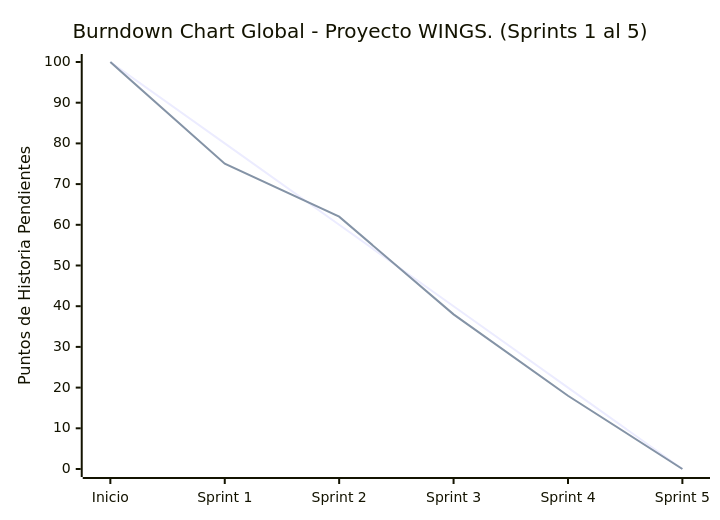
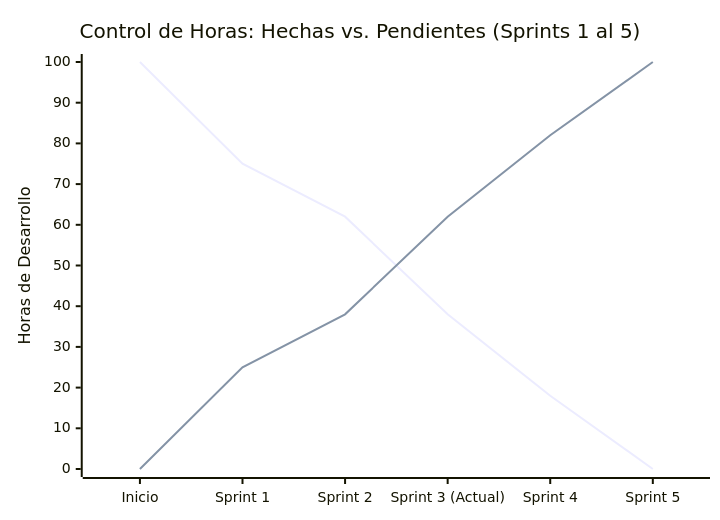
The diagram in README.md (AsaelCh9/Alitas), drawn with Mermaid before and after one commit. The commit also changed other lines of this file, not shown here.

Commit message:
Update burndown chart title and data representation

````diff
--- a/README.md
+++ b/README.md
@@ -3,8 +3,8 @@
 ```mermaid
 xychart-beta
-    title "Burndown Chart Global - Proyecto WINGS. (Sprints 1 al 5)"
-    x-axis ["Inicio", "Sprint 1", "Sprint 2", "Sprint 3", "Sprint 4", "Sprint 5"]
-    y-axis "Puntos de Historia Pendientes" 0 --> 100
-    line "Trabajo Ideal" [100, 80, 60, 40, 20, 0]
-    line "Trabajo Real" [100, 75, 62, 38, 18, 0]
+    title "Control de Horas: Hechas vs. Pendientes (Sprints 1 al 5)"
+    x-axis ["Inicio", "Sprint 1", "Sprint 2", "Sprint 3 (Actual)", "Sprint 4", "Sprint 5"]
+    y-axis "Horas de Desarrollo" 0 --> 100
+    line "Horas Pendientes" [100, 75, 62, 38, 18, 0]
+    line "Horas Hechas" [0, 25, 38, 62, 82, 100]
 ```
````
